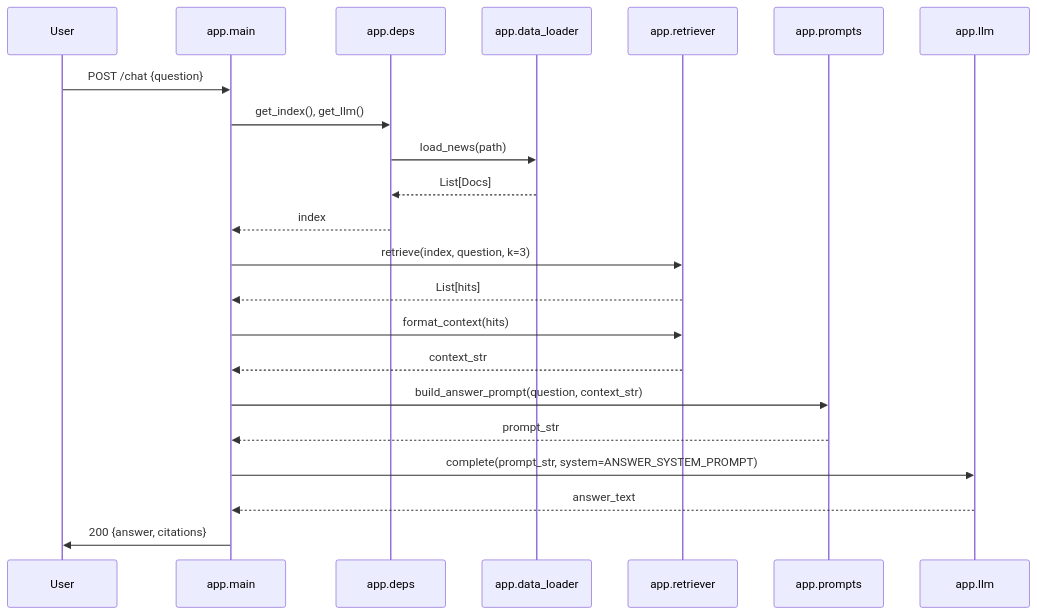
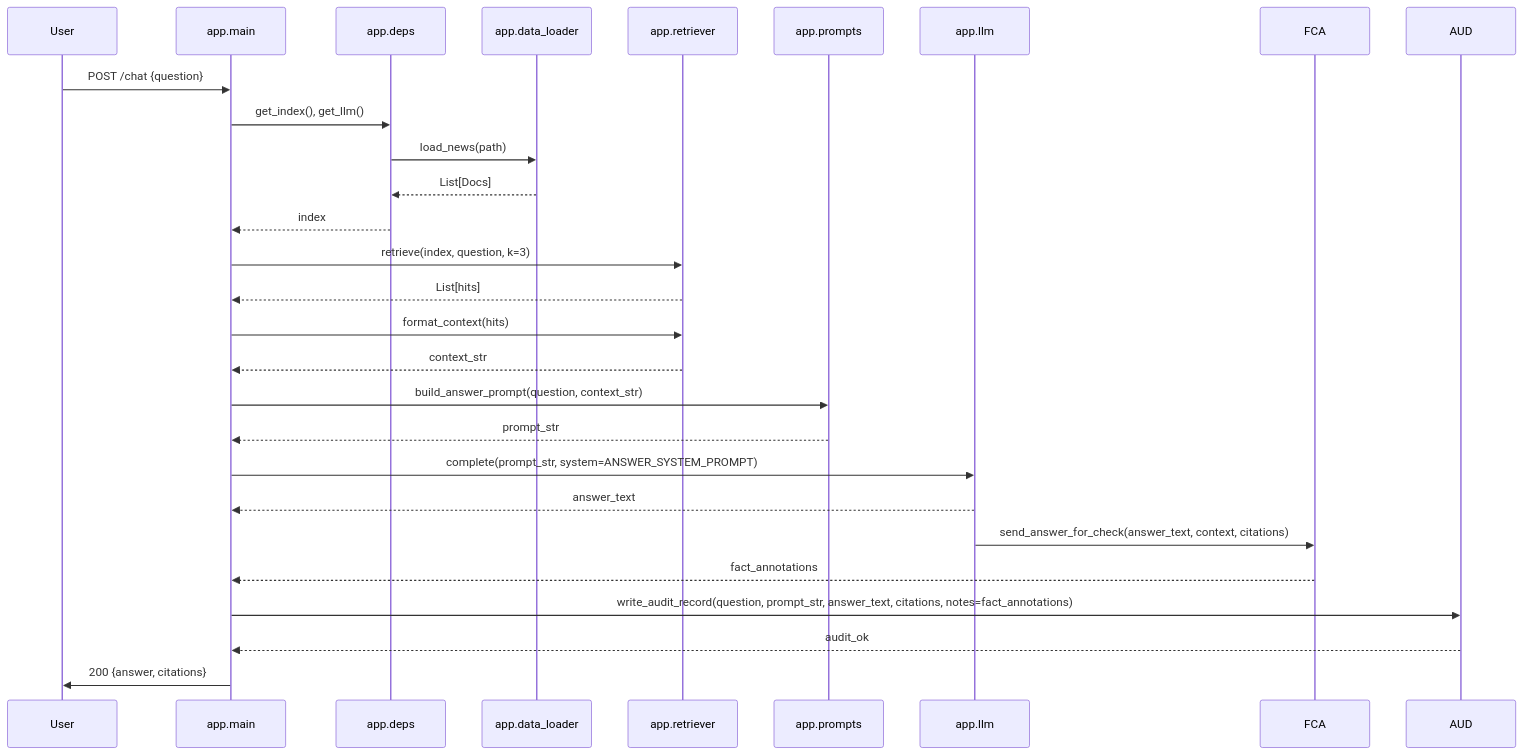
One commit to DhananjoyDas/financial-news-rag changed the second of 3 diagrams in README.md. Above: the diagram before and after it, drawn with Mermaid. The commit also changed other lines of this file and 11 other files, not shown here.

Commit message:
[JIRA-2] minimal Agent support for validation and auditing

````diff
--- a/README.md
+++ b/README.md
@@ -88,24 +97,30 @@
 ```mermaid
 sequenceDiagram
     participant U as User
     participant API as app.main
     participant DEPS as app.deps
     participant DATA as app.data_loader
     participant RET as app.retriever
     participant PROM as app.prompts
     participant LLM as app.llm
     U->>API: POST /chat {question}
     API->>DEPS: get_index(), get_llm()
     DEPS->>DATA: load_news(path)
     DATA-->>DEPS: List[Docs]
     DEPS-->>API: index
     API->>RET: retrieve(index, question, k=3)
     RET-->>API: List[hits]
     API->>RET: format_context(hits)
     RET-->>API: context_str
     API->>PROM: build_answer_prompt(question, context_str)
     PROM-->>API: prompt_str
-    API->>LLM: complete(prompt_str, system=ANSWER_SYSTEM_PROMPT)
-    LLM-->>API: answer_text
+  API->>LLM: complete(prompt_str, system=ANSWER_SYSTEM_PROMPT)
+  LLM-->>API: answer_text
+  %% Fact-checking agent runs after the LLM to verify key claims
+  LLM->>FCA: send_answer_for_check(answer_text, context, citations)
+  FCA-->>API: fact_annotations
+  %% Auditing / Logging agent records the transaction
+  API->>AUD: write_audit_record(question, prompt_str, answer_text, citations, notes=fact_annotations)
+  AUD-->>API: audit_ok
     API->>U: 200 {answer, citations}
 ```
````
